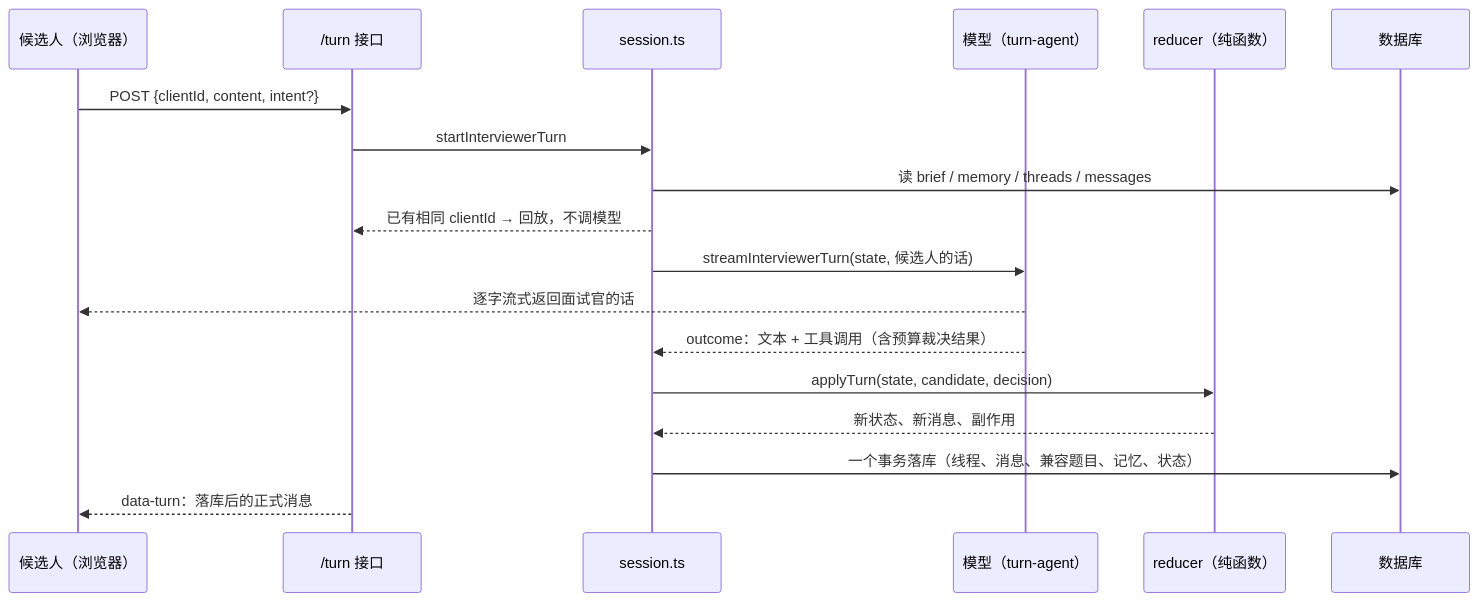
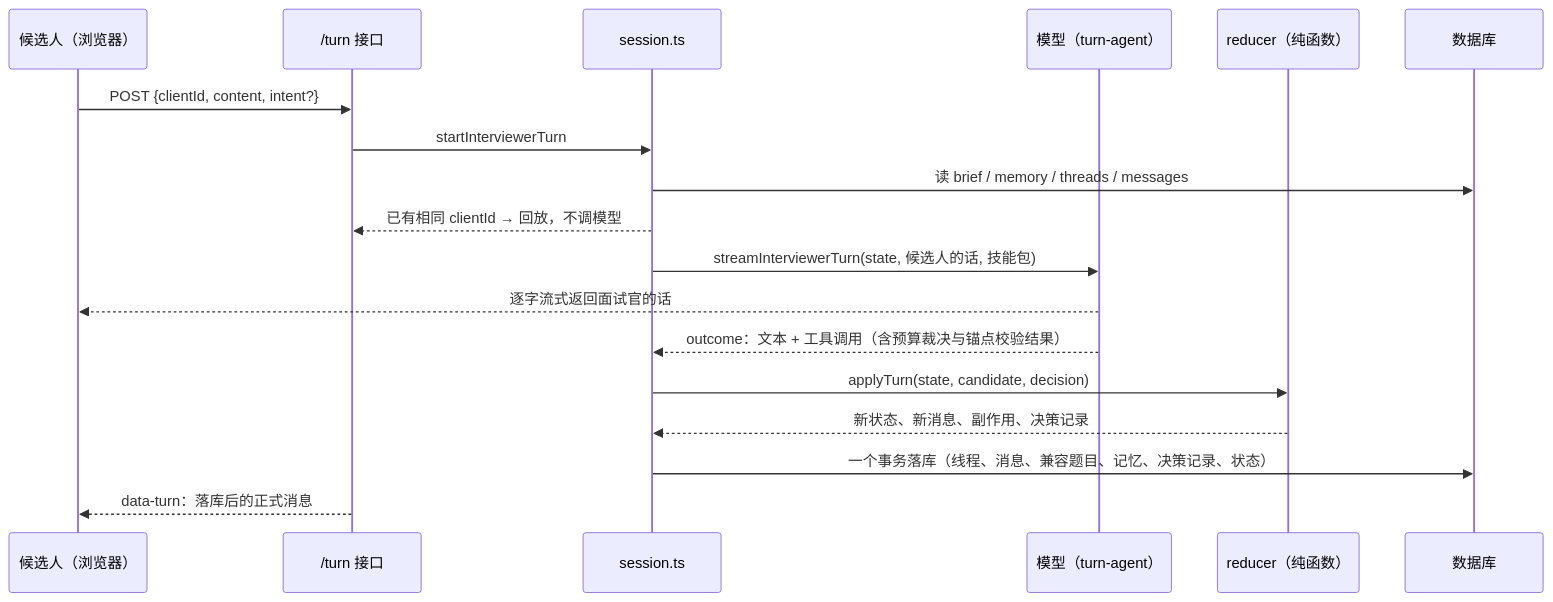
Before and after one commit to yuecao365/OfferCome: the diagram in docs/interview-flow-during.md, drawn with Mermaid. The commit also changed other lines of this file and 7 other files, not shown here.

````diff
--- a/docs/interview-flow-during.md
+++ b/docs/interview-flow-during.md
@@ -8,21 +8,21 @@
 ```mermaid
 sequenceDiagram
   participant U as 候选人（浏览器）
   participant R as /turn 接口
   participant S as session.ts
   participant M as 模型（turn-agent）
   participant D as reducer（纯函数）
   participant DB as 数据库
 
   U->>R: POST {clientId, content, intent?}
   R->>S: startInterviewerTurn
   S->>DB: 读 brief / memory / threads / messages
   S-->>R: 已有相同 clientId → 回放，不调模型
-  S->>M: streamInterviewerTurn(state, 候选人的话)
+  S->>M: streamInterviewerTurn(state, 候选人的话, 技能包)
   M-->>U: 逐字流式返回面试官的话
-  M-->>S: outcome：文本 + 工具调用（含预算裁决结果）
+  M-->>S: outcome：文本 + 工具调用（含预算裁决与锚点校验结果）
   S->>D: applyTurn(state, candidate, decision)
-  D-->>S: 新状态、新消息、副作用
-  S->>DB: 一个事务落库（线程、消息、兼容题目、记忆、状态）
+  D-->>S: 新状态、新消息、副作用、决策记录
+  S->>DB: 一个事务落库（线程、消息、兼容题目、记忆、决策记录、状态）
   R-->>U: data-turn：落库后的正式消息
 ```
````
